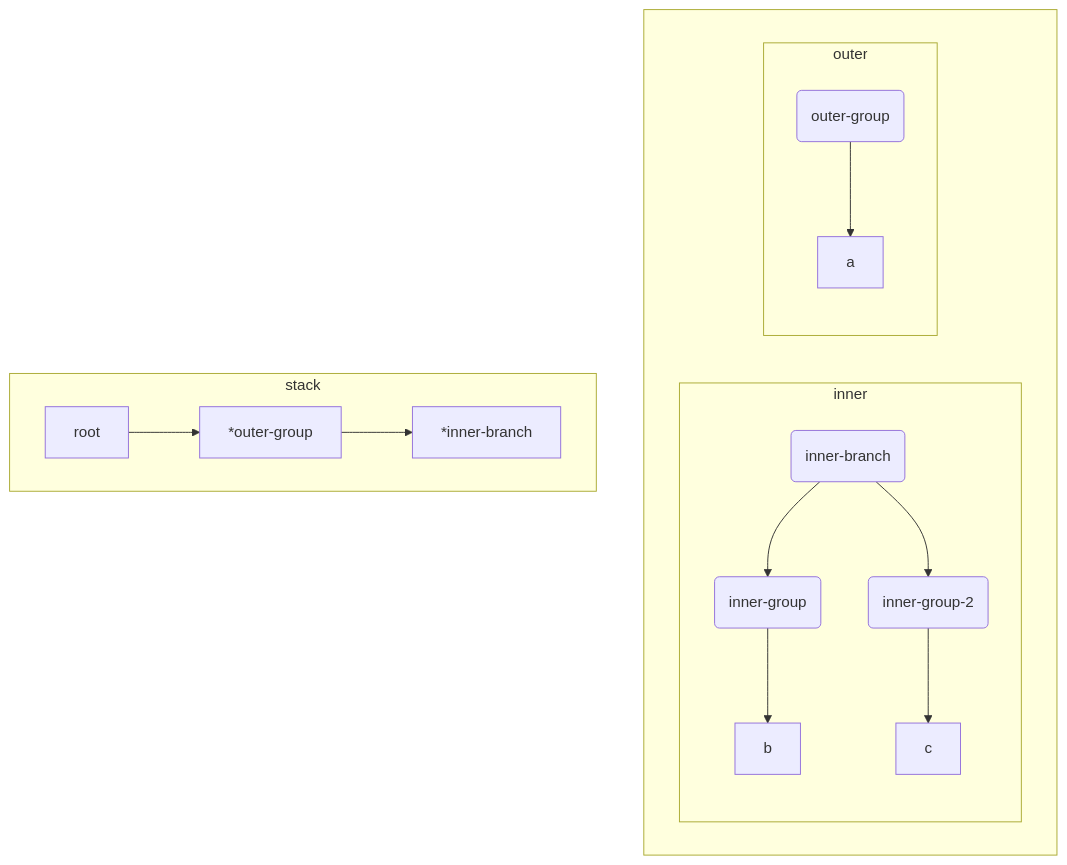
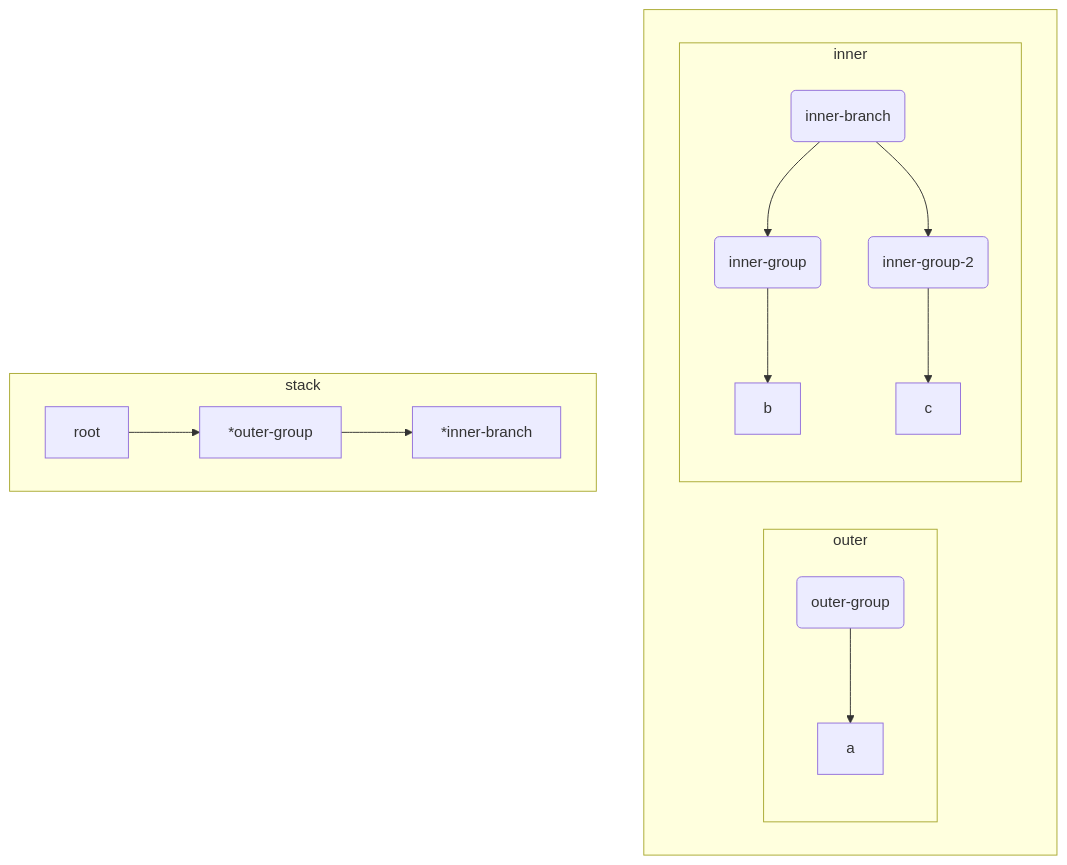
Before and after one commit to LeweyM/LeweyM.github.io: the sixth of 7 diagrams in personal-site/content/posts/9-Groups.md, drawn with Mermaid. The commit also changed other lines of this file, not shown here.

````diff
--- a/personal-site/content/posts/9-Groups.md
+++ b/personal-site/content/posts/9-Groups.md
@@ -277,39 +281,39 @@
 ```mermaid
 graph TD
 
   
 
 subgraph " "
 
+subgraph "outer"
+
+1(outer-group) --> 2[a]
+
+end
 subgraph "inner"
 
 5(inner-branch) -->
 
 3(inner-group) --> 4[b]
 
 5(inner-branch) --> 6(inner-group-2)
 
 6 --> 7[c]
 
 end
 
   
 
-subgraph "outer"
-
-1(outer-group) --> 2[a]
-
-end
 
 end
 
   
 
 subgraph stack
 
 root --> *outer-group
 
 *outer-group --> *inner-branch
 
 end
 ```
````
